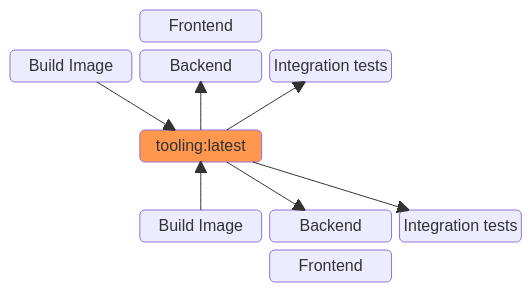
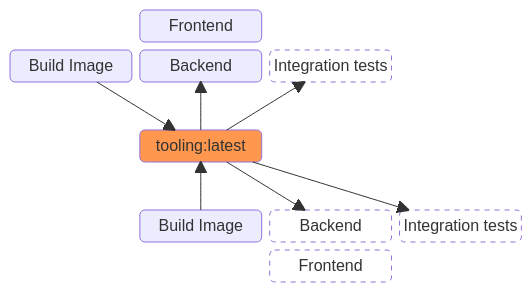
The second of 3 diagrams in pages/interference.md (Raniz85/talks_pipeline-antipatterns), drawn with Mermaid before and after one commit. The commit also changed other lines of this file, not shown here.

````diff
--- a/pages/interference.md
+++ b/pages/interference.md
@@ -34,20 +35,22 @@
 ```mermaid { theme: 'forest' }
 block-beta
     columns 4
     space 1f("Frontend") space:2
     1bi("Build Image") 1b("Backend") 1it("Integration tests") space
     space:4
     space r("tooling:latest") space:2
     space:4
     space 2bi("Build Image") 2b("Backend") 2it("Integration tests")
     space:2 2f("Frontend") space
     
     1bi-->r
     2bi-->r
     r-->1b
     r-->1it
     r-->2b
     r-->2it
     
     style r fill: #ff984e
+    classDef pending stroke-dasharray: 5 5, fill: #ffffff
+    class 1it,2b,2f,2it pending
 ```
````
